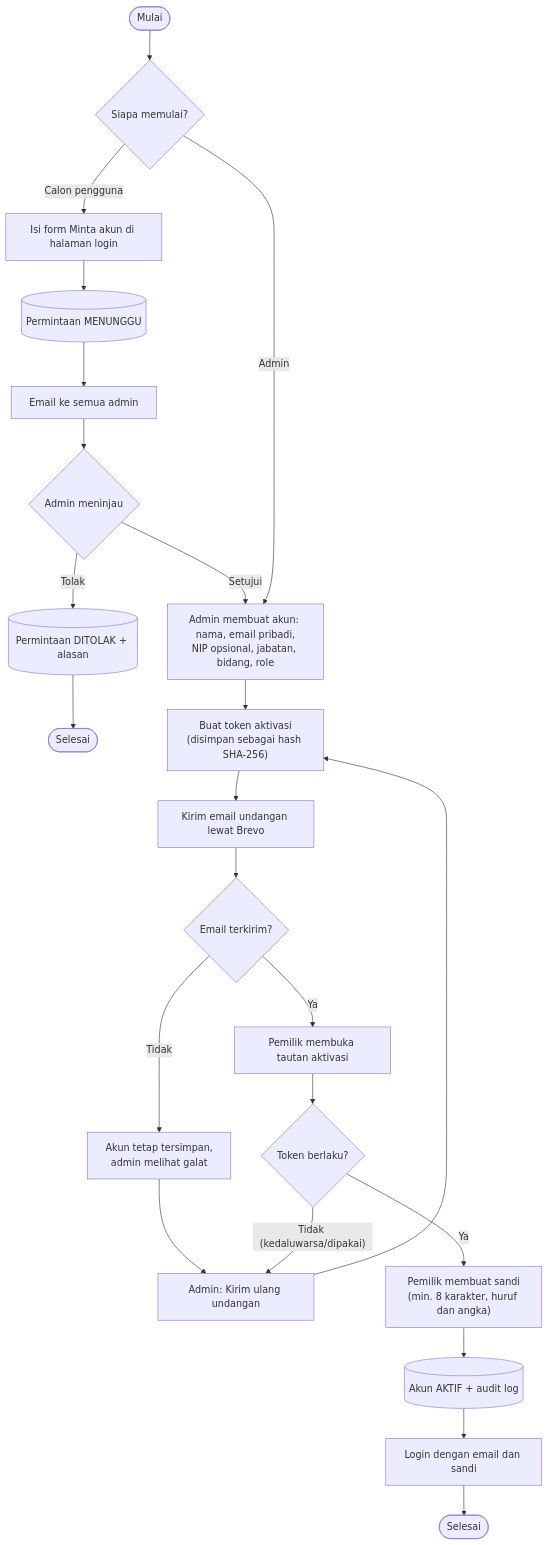
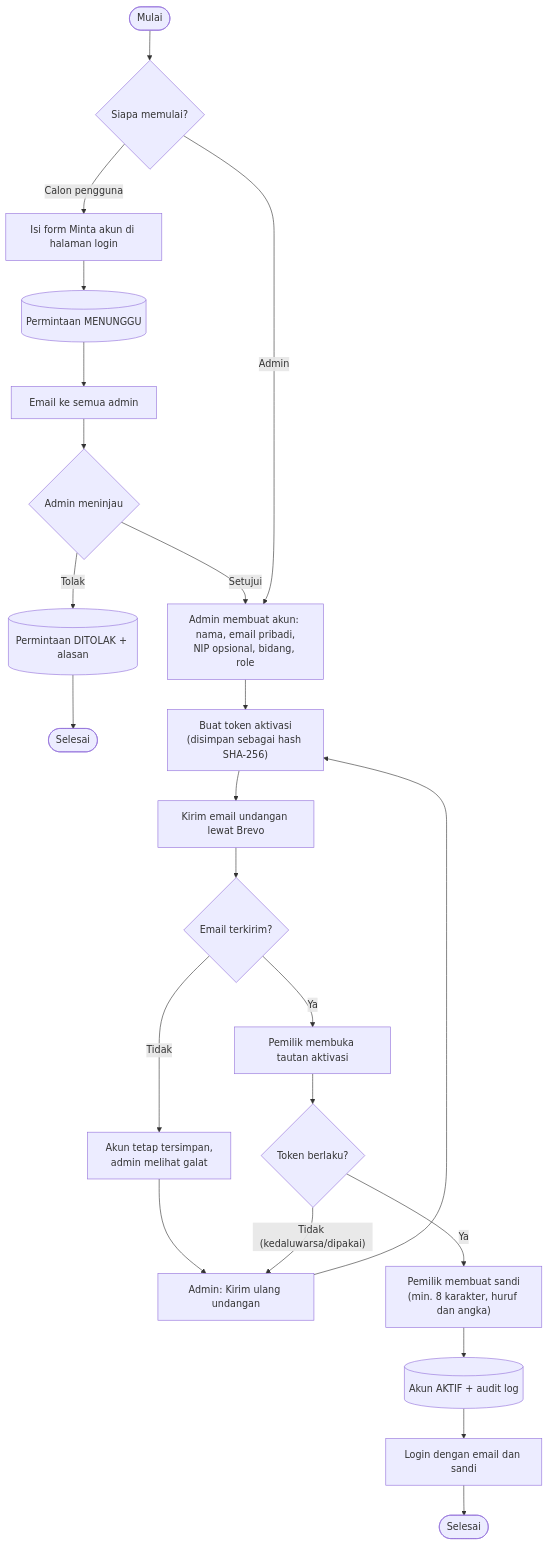
The second of 2 diagrams in docs/uml/02-activity.md (AhmadsTechDev/kegiatan-kominfo), drawn with Mermaid before and after one commit. The commit also changed 44 other files, not shown here.

````diff
--- a/docs/uml/02-activity.md
+++ b/docs/uml/02-activity.md
@@ -40,21 +40,21 @@
 ```mermaid
 flowchart TD
     mulai([Mulai]) --> jalur{Siapa memulai?}
     jalur -- Calon pengguna --> minta[Isi form Minta akun di halaman login]
     minta --> tersimpan[(Permintaan MENUNGGU)]
     tersimpan --> notif[Email ke semua admin]
     notif --> tinjau{Admin meninjau}
     tinjau -- Tolak --> tolak[(Permintaan DITOLAK + alasan)] --> akhirTolak([Selesai])
     tinjau -- Setujui --> buat
-    jalur -- Admin --> buat["Admin membuat akun: nama, email pribadi,<br/>NIP opsional, jabatan, bidang, role"]
+    jalur -- Admin --> buat["Admin membuat akun: nama, email pribadi,<br/>NIP opsional, bidang, role"]
     buat --> token["Buat token aktivasi<br/>(disimpan sebagai hash SHA-256)"]
     token --> kirim[Kirim email undangan lewat Brevo]
     kirim --> terkirim{Email terkirim?}
     terkirim -- Tidak --> galat[Akun tetap tersimpan,<br/>admin melihat galat] --> ulang[Admin: Kirim ulang undangan] --> token
     terkirim -- Ya --> klik[Pemilik membuka tautan aktivasi]
     klik --> berlaku{Token berlaku?}
     berlaku -- "Tidak (kedaluwarsa/dipakai)" --> ulang
     berlaku -- Ya --> sandi["Pemilik membuat sandi<br/>(min. 8 karakter, huruf dan angka)"]
     sandi --> aktif[(Akun AKTIF + audit log)]
     aktif --> login[Login dengan email dan sandi] --> akhir([Selesai])
 ```
````
